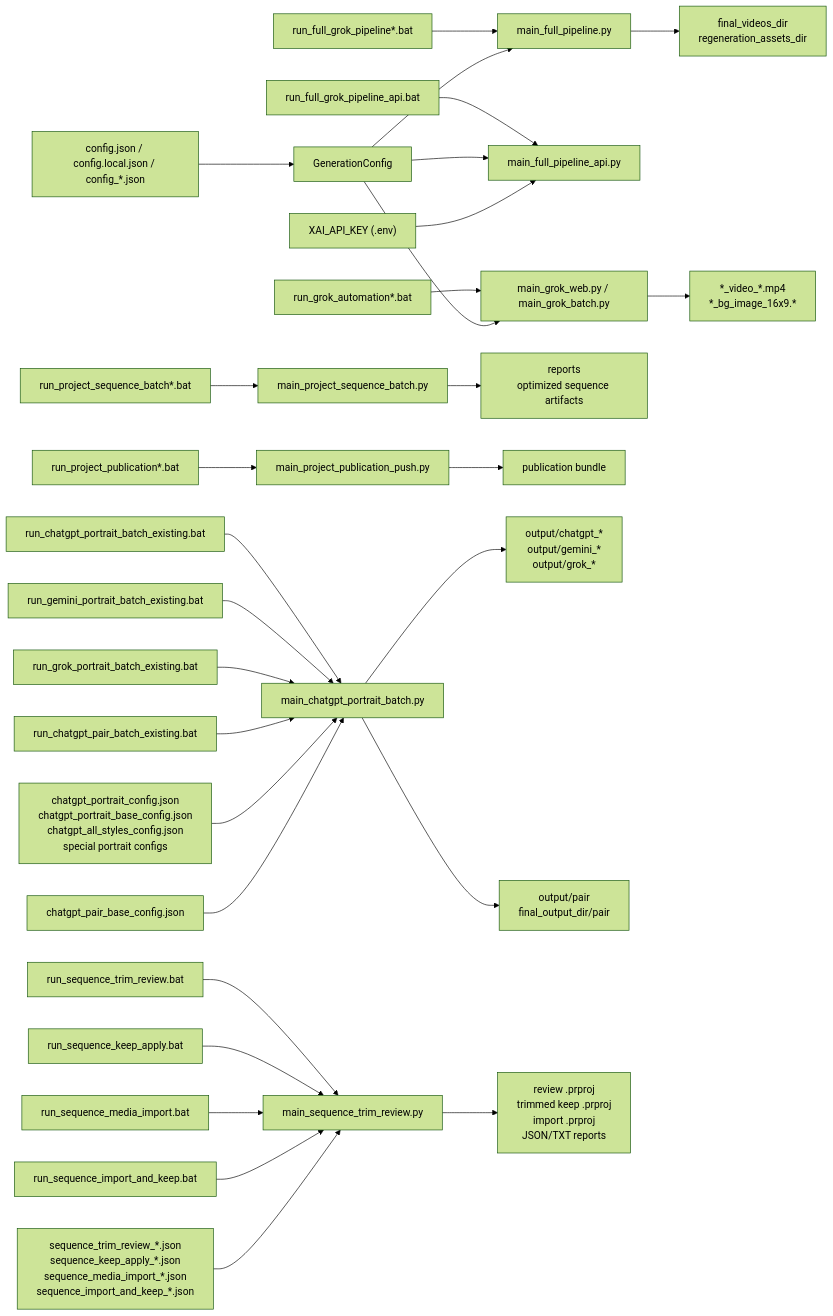
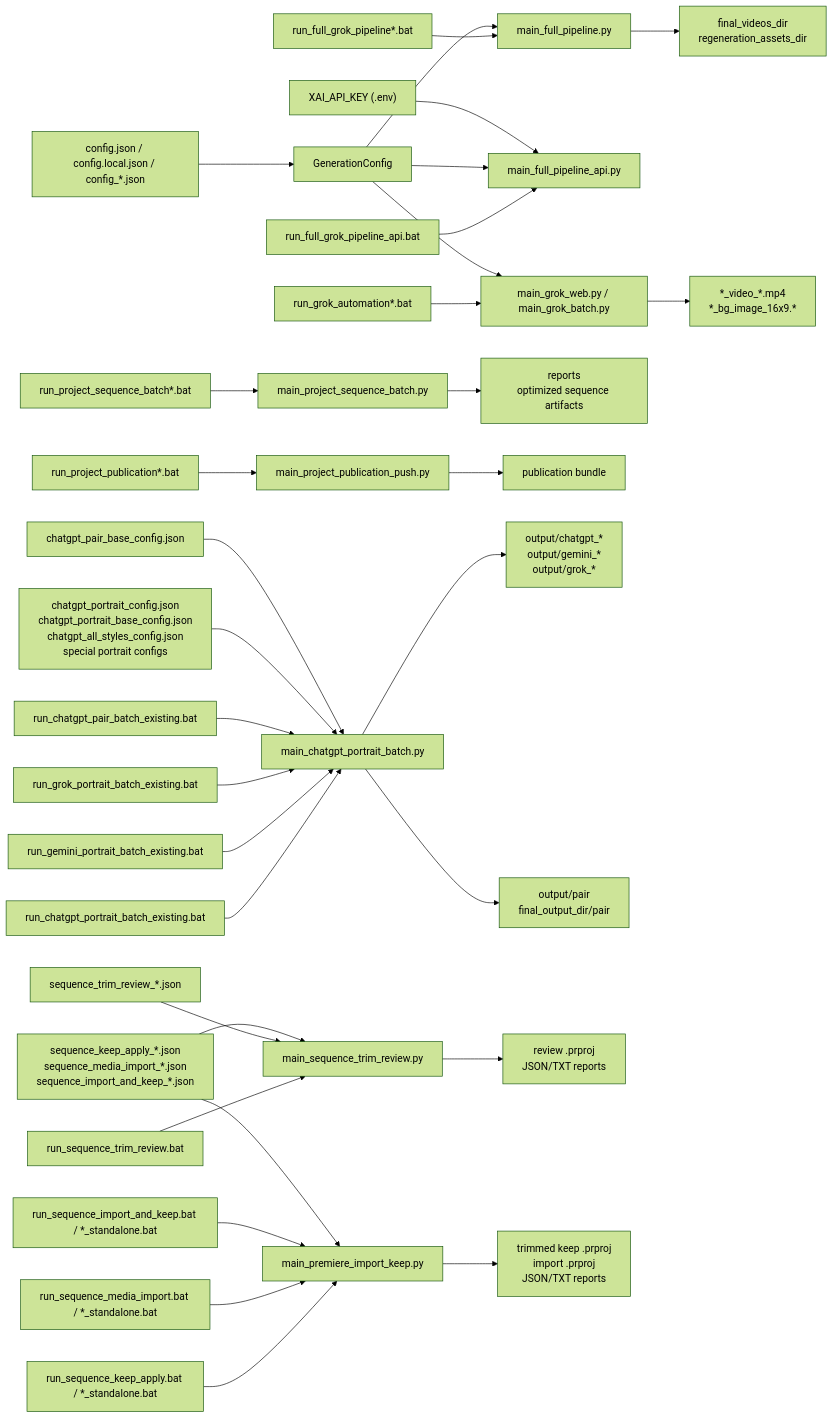
One commit to sergey-frd/Memory-to-Video_Agent changed the third of 3 diagrams in source/docs/PROJECT_STRUCTURE.md. Above: the diagram before and after it, drawn with Mermaid (forest theme). The commit also changed other lines of this file and 34 other files, not shown here.

Commit message:
Publish 2026.08.26.01: portable Premiere import and KEEP workflows

````diff
--- a/source/docs/PROJECT_STRUCTURE.md
+++ b/source/docs/PROJECT_STRUCTURE.md
@@ -224,34 +224,37 @@
 ```mermaid
 flowchart LR
   B1["run_full_grok_pipeline*.bat"] --> P1["main_full_pipeline.py"]
   B1A["run_full_grok_pipeline_api.bat"] --> P1A["main_full_pipeline_api.py"]
   B2["run_grok_automation*.bat"] --> P2["main_grok_web.py / main_grok_batch.py"]
   B3["run_project_sequence_batch*.bat"] --> P3["main_project_sequence_batch.py"]
   B4["run_project_publication*.bat"] --> P4["main_project_publication_push.py"]
   B5["run_chatgpt_portrait_batch_existing.bat"] --> P6["main_chatgpt_portrait_batch.py"]
   B6["run_gemini_portrait_batch_existing.bat"] --> P6
   B7["run_grok_portrait_batch_existing.bat"] --> P6
   B8["run_chatgpt_pair_batch_existing.bat"] --> P6
   B9["run_sequence_trim_review.bat"] --> P8["main_sequence_trim_review.py"]
-  B10["run_sequence_keep_apply.bat"] --> P8
-  B11["run_sequence_media_import.bat"] --> P8
-  B12["run_sequence_import_and_keep.bat"] --> P8
+  B10["run_sequence_keep_apply.bat / *_standalone.bat"] --> P9["main_premiere_import_keep.py"]
+  B11["run_sequence_media_import.bat / *_standalone.bat"] --> P9
+  B12["run_sequence_import_and_keep.bat / *_standalone.bat"] --> P9
 
   C1["config.json / config.local.json / config_*.json"] --> G1["GenerationConfig"]
   G1 --> P1
   G1 --> P1A
   G1 --> P2
   ENV["XAI_API_KEY (.env)"] --> P1A
 
   C5["chatgpt_portrait_config.json\nchatgpt_portrait_base_config.json\nchatgpt_all_styles_config.json\nspecial portrait configs"] --> P6
   C6["chatgpt_pair_base_config.json"] --> P6
-  C7["sequence_trim_review_*.json\nsequence_keep_apply_*.json\nsequence_media_import_*.json\nsequence_import_and_keep_*.json"] --> P8
+  C7["sequence_trim_review_*.json"] --> P8
+  C8["sequence_keep_apply_*.json\nsequence_media_import_*.json\nsequence_import_and_keep_*.json"] --> P9
+  C8 --> P8
 
   P1 --> O1["final_videos_dir\nregeneration_assets_dir"]
   P2 --> O2["*_video_*.mp4\n*_bg_image_16x9.*"]
   P3 --> O3["reports\noptimized sequence artifacts"]
   P4 --> O4["publication bundle"]
   P6 --> O5["output/chatgpt_*\noutput/gemini_*\noutput/grok_*"]
   P6 --> O6["output/pair\nfinal_output_dir/pair"]
-  P8 --> O7["review .prproj\ntrimmed keep .prproj\nimport .prproj\nJSON/TXT reports"]
+  P8 --> O7["review .prproj\nJSON/TXT reports"]
+  P9 --> O8["trimmed keep .prproj\nimport .prproj\nJSON/TXT reports"]
 ```
````
